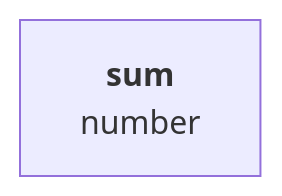
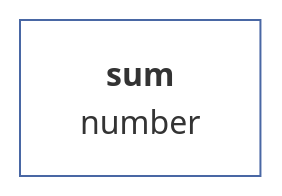
One commit to muzikp/retusa changed the first of 23 diagrams in docs/en-GB/vector.md. Above: the diagram before and after it, drawn with Mermaid. The commit also changed other lines of this file and 17 other files, not shown here.

````diff
--- a/docs/en-GB/vector.md
+++ b/docs/en-GB/vector.md
@@ -45,4 +45,7 @@
 ```mermaid
 graph TD
-A[<b>sum<br></b>number]
+sum[<b>sum<br></b>number]
+style sum fill:#FFFFFF;
+style sum stroke:#4967A4;
+
 ```
````
